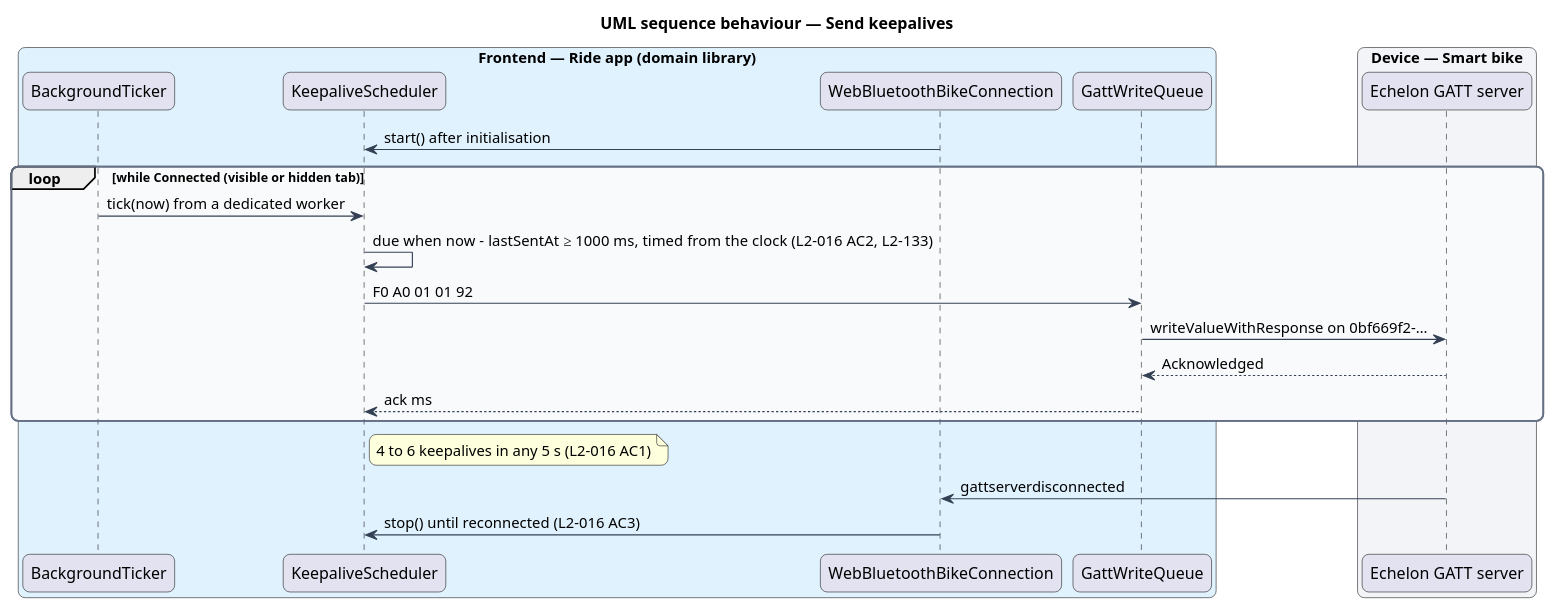
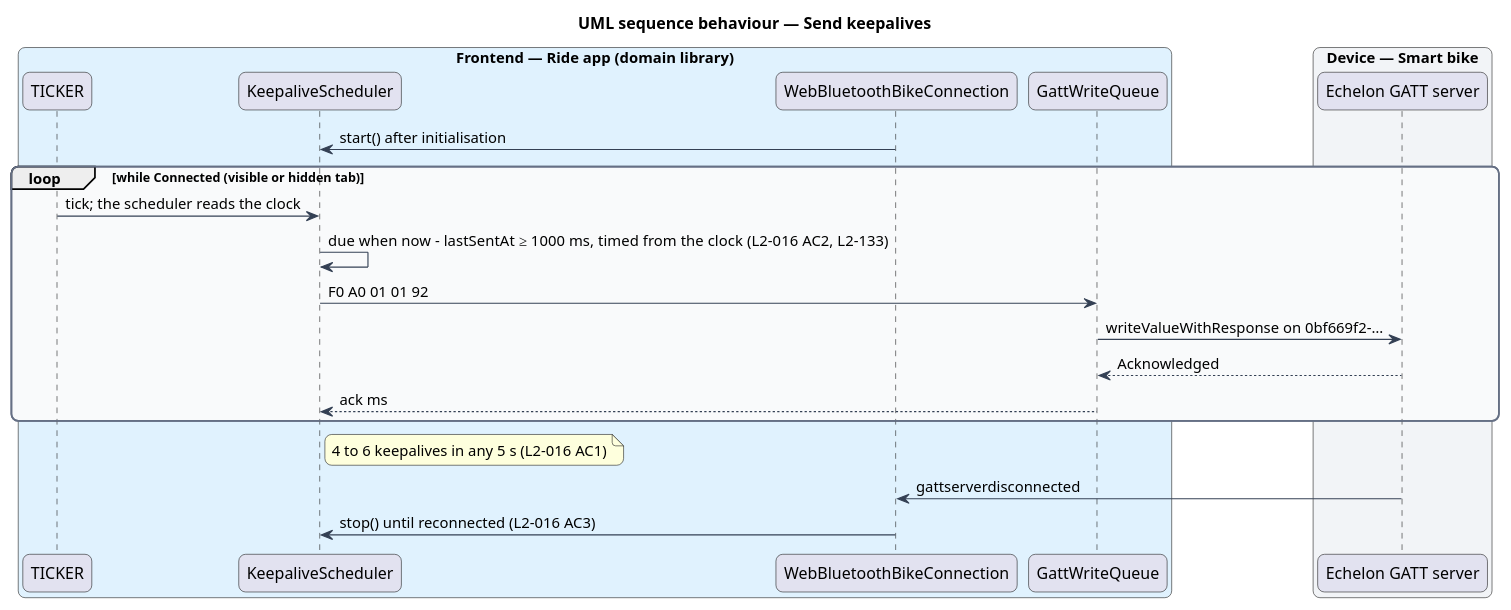
The diagram in docs/detailed-designs/bike/keep-the-bike-connected/diagrams/sequence-send-keepalives.puml (QuinntyneBrown/ride-one), drawn with PlantUML before and after one commit. The commit also changed 10 other files, not shown here.

```diff
--- a/docs/detailed-designs/bike/keep-the-bike-connected/diagrams/sequence-send-keepalives.puml
+++ b/docs/detailed-designs/bike/keep-the-bike-connected/diagrams/sequence-send-keepalives.puml
@@ -1,38 +1,38 @@
 @startuml
 title UML sequence behaviour — Send keepalives
 skinparam backgroundColor #FFFFFF
 skinparam shadowing false
 skinparam roundcorner 12
 skinparam defaultFontName Arial
 skinparam ArrowColor #344054
 skinparam rectangle {
   BorderColor #344054
   FontColor #101828
 }
 skinparam package {
   BorderColor #667085
   FontColor #101828
   BackgroundColor #F9FAFB
 }
 box "Frontend — Ride app (domain library)" #E0F2FE
-  participant "BackgroundTicker" as ticker
+  participant "TICKER" as ticker
   participant "KeepaliveScheduler" as keep
   participant "WebBluetoothBikeConnection" as conn
   participant "GattWriteQueue" as queue
 end box
 box "Device — Smart bike" #F2F4F7
   participant "Echelon GATT server" as bike
 end box
 conn -> keep : start() after initialisation
 loop while Connected (visible or hidden tab)
-  ticker -> keep : tick(now) from a dedicated worker
+  ticker -> keep : tick; the scheduler reads the clock
   keep -> keep : due when now - lastSentAt ≥ 1000 ms, timed from the clock (L2-016 AC2, L2-133)
   keep -> queue : F0 A0 01 01 92
   queue -> bike : writeValueWithResponse on 0bf669f2-…
   bike --> queue : Acknowledged
   queue --> keep : ack ms
 end
 note right of keep : 4 to 6 keepalives in any 5 s (L2-016 AC1)
 bike -> conn : gattserverdisconnected
 conn -> keep : stop() until reconnected (L2-016 AC3)
 @enduml
```
